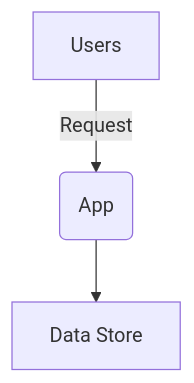
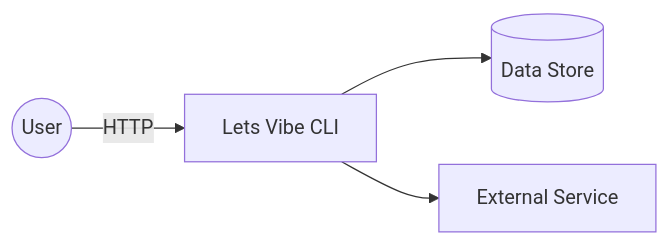
The first of 2 diagrams in v-docs/02_architecture.md (conorbr/lets-vibe), drawn with Mermaid before and after one commit. The commit also changed other lines of this file and 13 other files, not shown here.

````diff
--- a/v-docs/02_architecture.md
+++ b/v-docs/02_architecture.md
@@ -7,5 +13,6 @@
 ```mermaid
-flowchart TD
-    A[Users] -->|Request| B(App)
-    B --> C[Data Store]
+flowchart LR
+    User((User)) -->|HTTP| App[Lets Vibe CLI]
+    App --> DB[(Data Store)]
+    App --> Ext[External Service]
 ```
````
